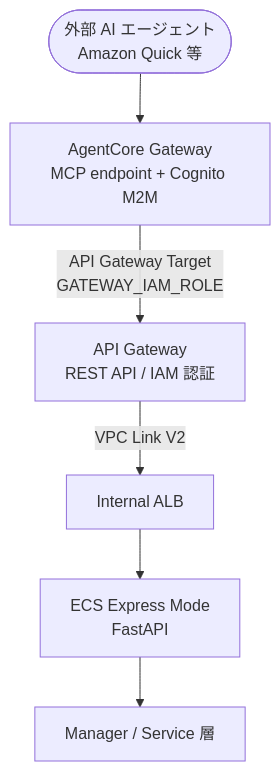
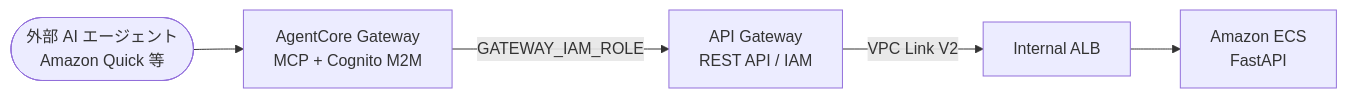
Before and after one commit to aws-samples/sample-ai-persona: the diagram in docs/remote_mcp_setup.md, drawn with Mermaid.

Commit message:
docs: use horizontal (LR) mermaid diagram

````diff
--- a/docs/remote_mcp_setup.md
+++ b/docs/remote_mcp_setup.md
@@ -11,8 +11,7 @@
 ```mermaid
-graph TB
-    Agent([外部 AI エージェント<br/>Amazon Quick 等]) --> Gateway[AgentCore Gateway<br/>MCP endpoint + Cognito M2M]
-    Gateway -->|API Gateway Target<br/>GATEWAY_IAM_ROLE| APIGW[API Gateway<br/>REST API / IAM 認証]
+graph LR
+    Agent([外部 AI エージェント<br/>Amazon Quick 等]) --> Gateway[AgentCore Gateway<br/>MCP + Cognito M2M]
+    Gateway -->|GATEWAY_IAM_ROLE| APIGW[API Gateway<br/>REST API / IAM]
     APIGW -->|VPC Link V2| ALB[Internal ALB]
-    ALB --> ECS[ECS Express Mode<br/>FastAPI]
-    ECS --> Managers[Manager / Service 層]
+    ALB --> ECS[Amazon ECS<br/>FastAPI]
 ```
````
